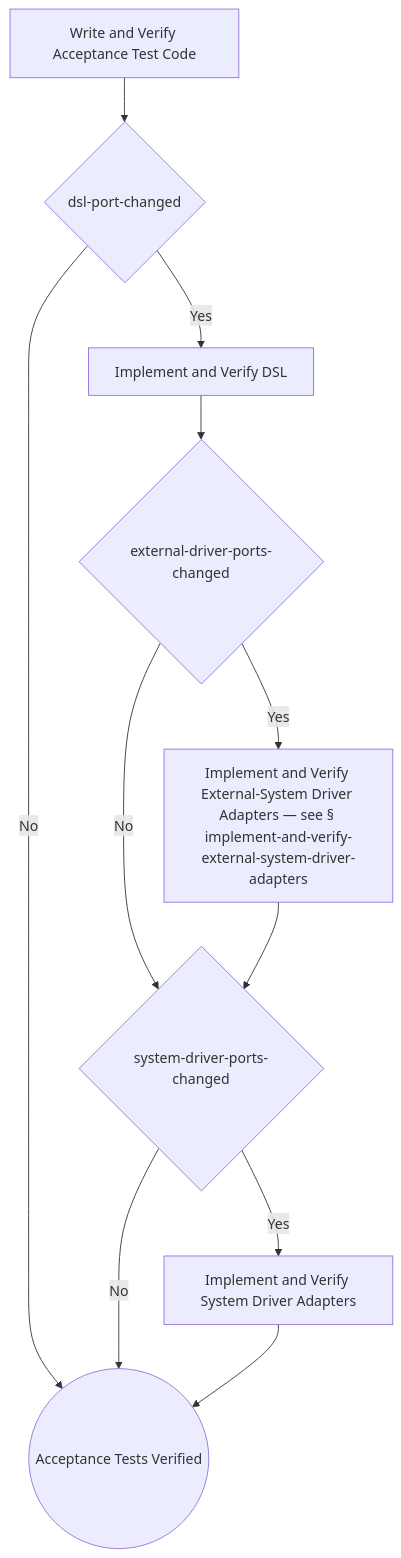
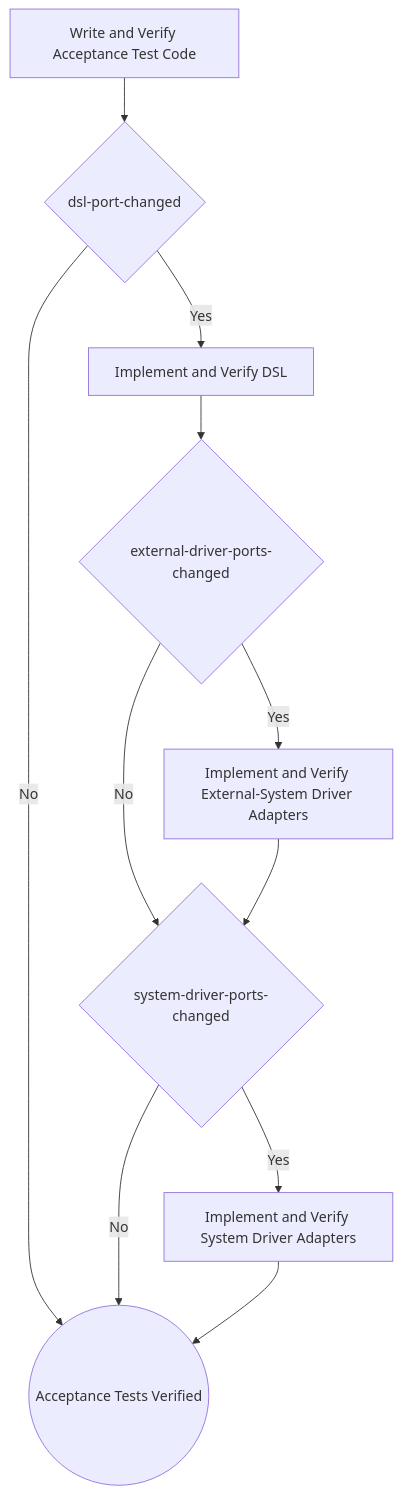
Before and after one commit to optivem/gh-optivem: diagram 14 of 53 in docs/process-diagram.md, drawn with Mermaid. The commit also changed other lines of this file and 7 other files, not shown here.

Commit message:
atdd: regenerate process-flow diagram

````diff
--- a/docs/process-diagram.md
+++ b/docs/process-diagram.md
@@ -278,22 +278,22 @@
 ```mermaid
 flowchart TD
     GATE_DSL_PORT_CHANGED{dsl-port-changed}
     GATE_EXTERNAL_DRIVER_PORTS_CHANGED{external-driver-ports-changed}
     GATE_SYSTEM_DRIVER_PORTS_CHANGED{system-driver-ports-changed}
     IMPLEMENT_AND_VERIFY_DSL[Implement and Verify DSL]
-    IMPLEMENT_AND_VERIFY_EXTERNAL_DRIVER_ADAPTERS[Implement and Verify External-System Driver Adapters — see § implement-and-verify-external-system-driver-adapters]
+    IMPLEMENT_AND_VERIFY_EXTERNAL_DRIVER_ADAPTERS[Implement and Verify External-System Driver Adapters]
     IMPLEMENT_AND_VERIFY_SYSTEM_DRIVER_ADAPTERS[Implement and Verify System Driver Adapters]
     WAV_AT_END((Acceptance Tests Verified))
     WRITE_AND_VERIFY_ACCEPTANCE_TEST_CODE[Write and Verify Acceptance Test Code]
 
     WRITE_AND_VERIFY_ACCEPTANCE_TEST_CODE --> GATE_DSL_PORT_CHANGED
     GATE_DSL_PORT_CHANGED -- Yes --> IMPLEMENT_AND_VERIFY_DSL
     GATE_DSL_PORT_CHANGED -- No --> WAV_AT_END
     IMPLEMENT_AND_VERIFY_DSL --> GATE_EXTERNAL_DRIVER_PORTS_CHANGED
     GATE_EXTERNAL_DRIVER_PORTS_CHANGED -- Yes --> IMPLEMENT_AND_VERIFY_EXTERNAL_DRIVER_ADAPTERS
     GATE_EXTERNAL_DRIVER_PORTS_CHANGED -- No --> GATE_SYSTEM_DRIVER_PORTS_CHANGED
     IMPLEMENT_AND_VERIFY_EXTERNAL_DRIVER_ADAPTERS --> GATE_SYSTEM_DRIVER_PORTS_CHANGED
     GATE_SYSTEM_DRIVER_PORTS_CHANGED -- Yes --> IMPLEMENT_AND_VERIFY_SYSTEM_DRIVER_ADAPTERS
     GATE_SYSTEM_DRIVER_PORTS_CHANGED -- No --> WAV_AT_END
     IMPLEMENT_AND_VERIFY_SYSTEM_DRIVER_ADAPTERS --> WAV_AT_END
 ```
````
